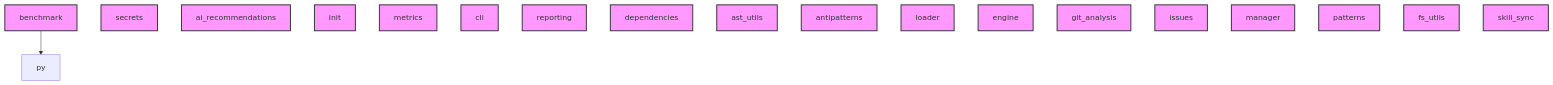
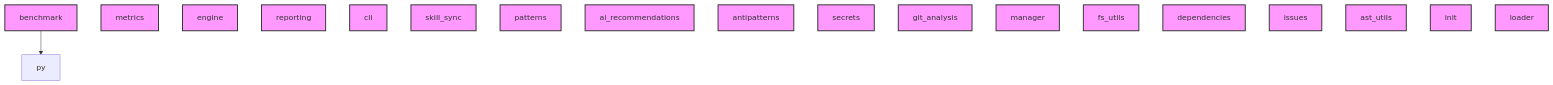
The diagram in AI_CONTEXT.md (geociencio/ai-context-core), drawn with Mermaid before and after one commit. The commit also changed other lines of this file and 11 other files, not shown here.

````diff
--- a/AI_CONTEXT.md
+++ b/AI_CONTEXT.md
@@ -141,41 +143,41 @@
 ```mermaid
 graph TD
     benchmark --> py
     classDef module fill:#f9f,stroke:#333,stroke-width:2px;
+    metrics
+    class metrics module;
+    engine
+    class engine module;
+    reporting
+    class reporting module;
+    cli
+    class cli module;
+    skill_sync
+    class skill_sync module;
+    patterns
+    class patterns module;
+    ai_recommendations
+    class ai_recommendations module;
+    antipatterns
+    class antipatterns module;
     secrets
     class secrets module;
-    ai_recommendations
-    class ai_recommendations module;
+    git_analysis
+    class git_analysis module;
+    benchmark
+    class benchmark module;
+    manager
+    class manager module;
+    fs_utils
+    class fs_utils module;
+    dependencies
+    class dependencies module;
+    issues
+    class issues module;
+    ast_utils
+    class ast_utils module;
     init
     class init module;
-    metrics
-    class metrics module;
-    cli
-    class cli module;
-    reporting
-    class reporting module;
-    dependencies
-    class dependencies module;
-    ast_utils
-    class ast_utils module;
-    antipatterns
-    class antipatterns module;
     loader
     class loader module;
-    engine
-    class engine module;
-    git_analysis
-    class git_analysis module;
-    issues
-    class issues module;
-    manager
-    class manager module;
-    patterns
-    class patterns module;
-    benchmark
-    class benchmark module;
-    fs_utils
-    class fs_utils module;
-    skill_sync
-    class skill_sync module;
 ```
````
